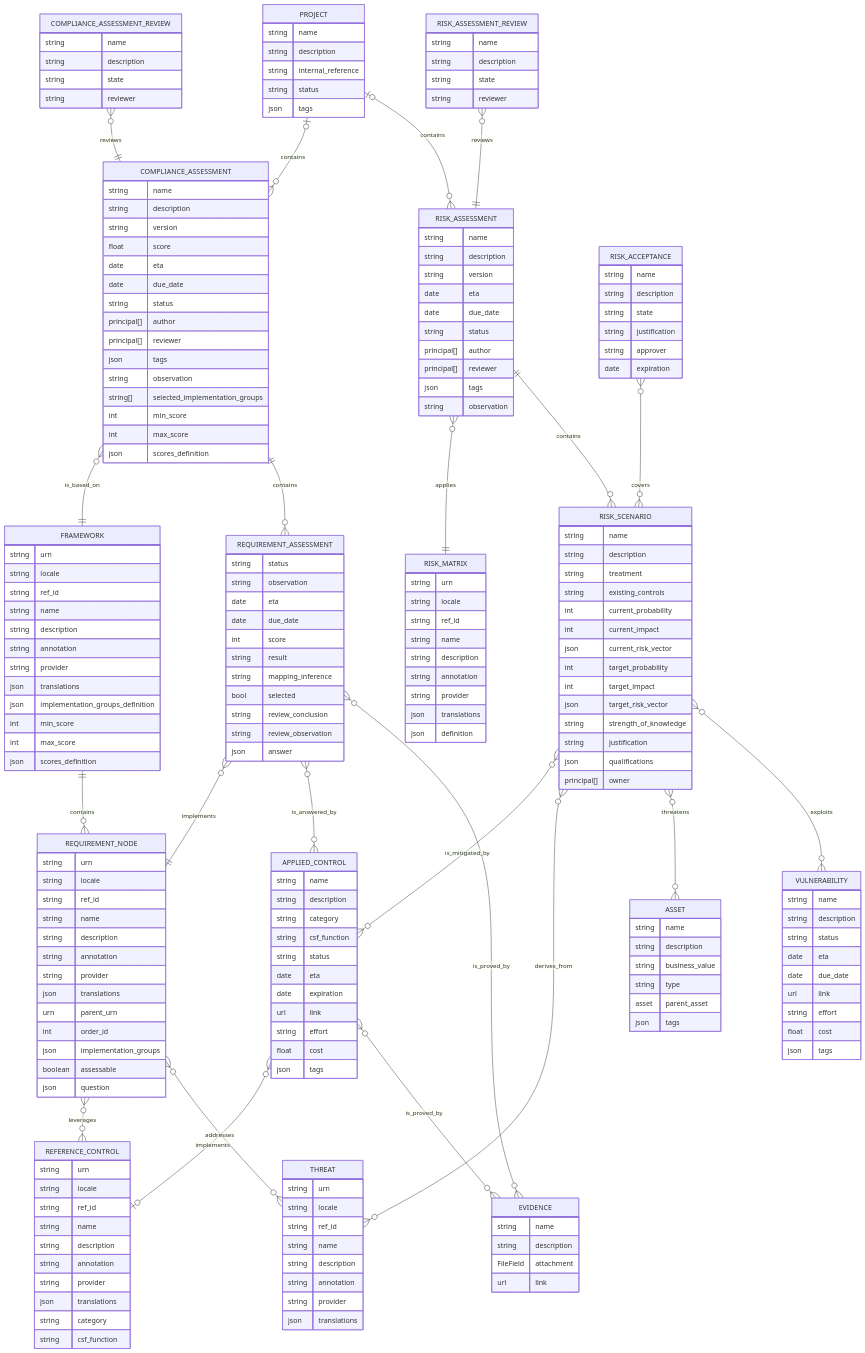
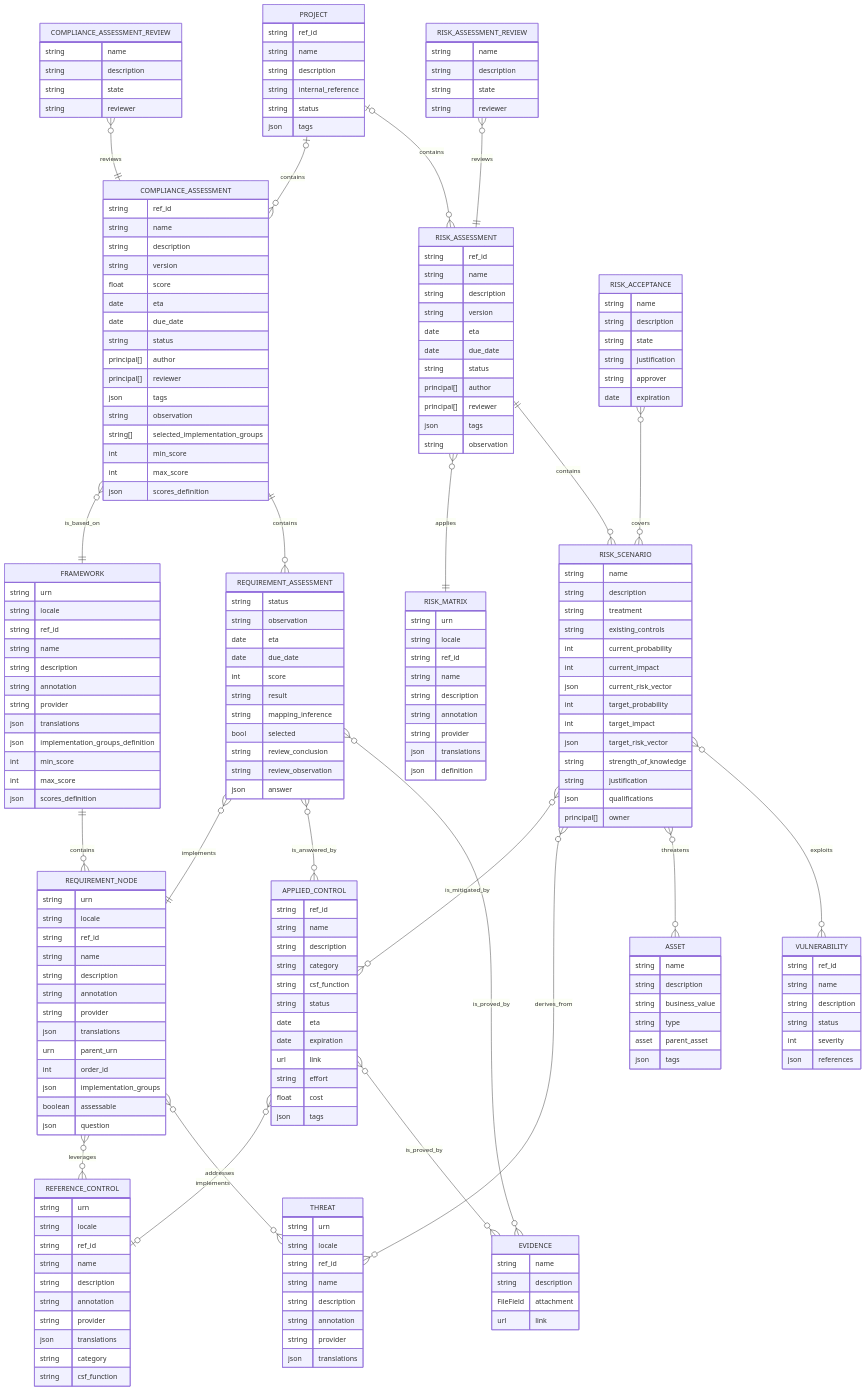
Before and after one commit to intuitem/ciso-assistant-community: the fourth of 10 diagrams in documentation/architecture/data-model.md, drawn with Mermaid. The commit also changed other lines of this file, not shown here.

```diff
--- a/documentation/architecture/data-model.md
+++ b/documentation/architecture/data-model.md
@@ -111,6 +112,7 @@
     RISK_SCENARIO                }o--o{ VULNERABILITY         : exploits
 
     PROJECT {
+        string ref_id
         string name
         string description
         string internal_reference
@@ -135,6 +137,7 @@
     }
 
     COMPLIANCE_ASSESSMENT {
+        string      ref_id
         string      name
         string      description
 
@@ -155,6 +158,7 @@
     }
 
     RISK_ASSESSMENT {
+        string      ref_id
         string      name
         string      description
 
@@ -211,6 +215,7 @@
     }
 
     APPLIED_CONTROL {
+        string  ref_id
         string   name
         string   description
 
@@ -226,15 +231,12 @@
     }
 
     VULNERABILITY {
+        string  ref_id
         string  name
         string  description
         string  status
-        date    eta
-        date    due_date
-        url     link
-        string  effort
-        float   cost
-        json    tags
+        int     severity
+        json    references
     }
 
 
```
